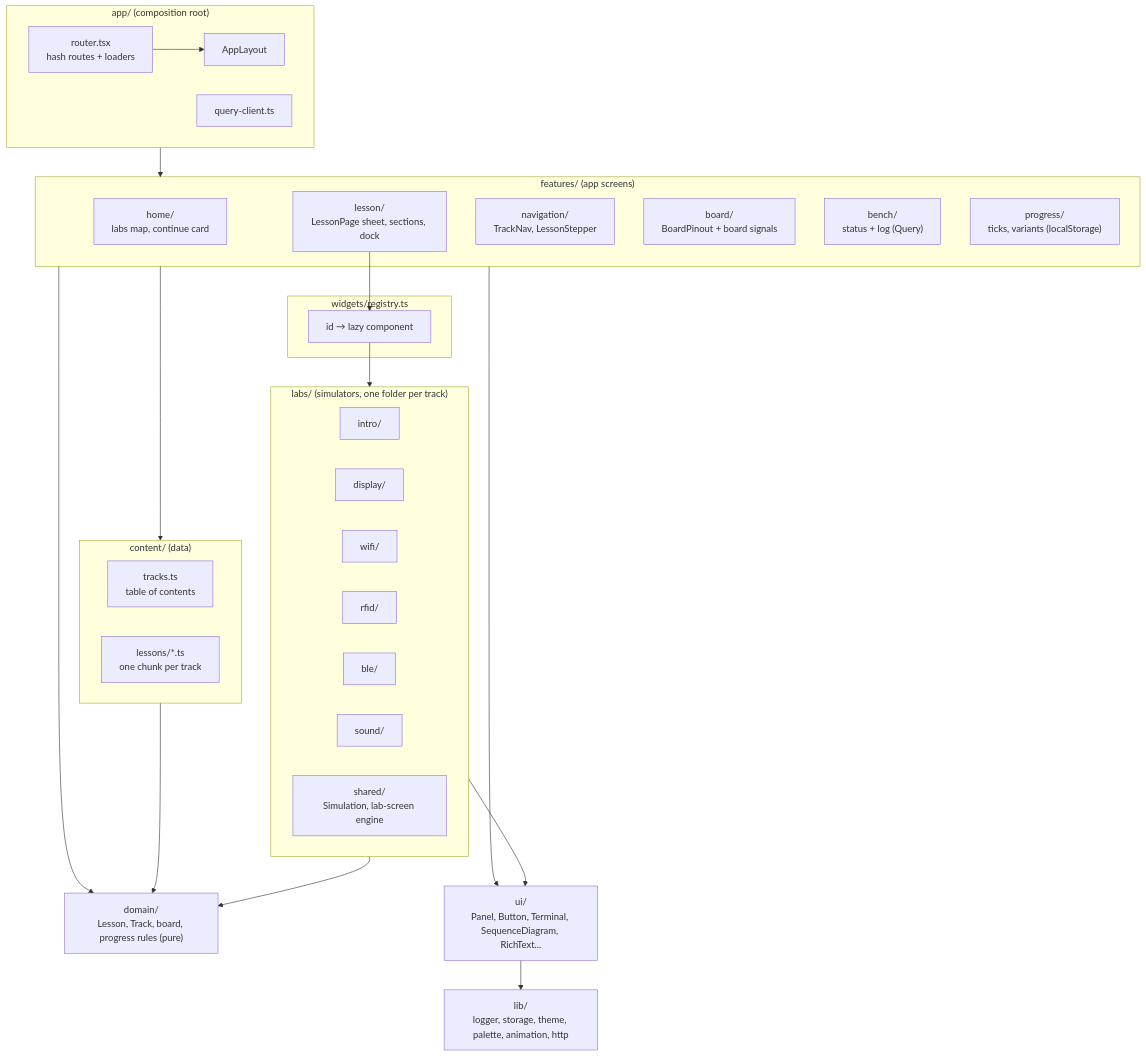
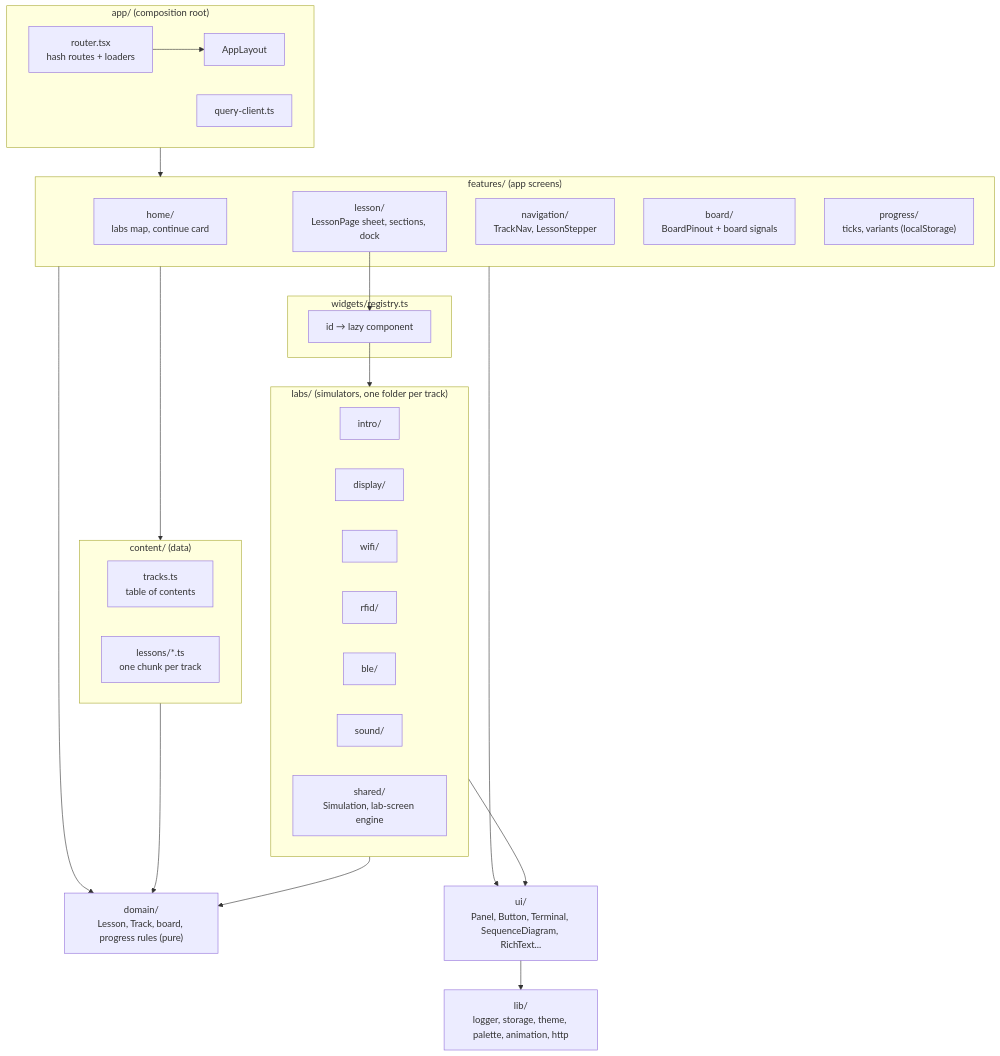
The first of 6 diagrams in docs/ARCHITECTURE.md (agharsallah/esp-labs-web), drawn with Mermaid before and after one commit. The commit also changed other lines of this file and 49 other files, not shown here.

````diff
--- a/docs/ARCHITECTURE.md
+++ b/docs/ARCHITECTURE.md
@@ -20,34 +20,33 @@
 ```mermaid
 flowchart TB
   subgraph app["app/ (composition root)"]
     router["router.tsx<br/>hash routes + loaders"] --> layout["AppLayout"]
     qc["query-client.ts"]
   end
   subgraph features["features/ (app screens)"]
     home["home/<br/>labs map, continue card"]
     lesson["lesson/<br/>LessonPage sheet, sections, dock"]
     nav["navigation/<br/>TrackNav, LessonStepper"]
     board["board/<br/>BoardPinout + board signals"]
-    bench["bench/<br/>status + log (Query)"]
     progress["progress/<br/>ticks, variants (localStorage)"]
   end
   subgraph content["content/ (data)"]
     tracks["tracks.ts<br/>table of contents"]
     lessons["lessons/*.ts<br/>one chunk per track"]
   end
   subgraph widgets["widgets/registry.ts"]
     reg["id → lazy component"]
   end
   subgraph labs["labs/ (simulators, one folder per track)"]
     intro["intro/"] & display["display/"] & wifi["wifi/"] & rfid["rfid/"] & ble["ble/"] & sound["sound/"]
     shared["shared/<br/>Simulation, lab-screen engine"]
   end
   domain["domain/<br/>Lesson, Track, board, progress rules (pure)"]
   ui["ui/<br/>Panel, Button, Terminal, SequenceDiagram, RichText..."]
   lib["lib/<br/>logger, storage, theme, palette, animation, http"]
 
   app --> features --> content
   lesson --> reg --> labs
   features & labs --> ui --> lib
   features & content & labs --> domain
 ```
````
